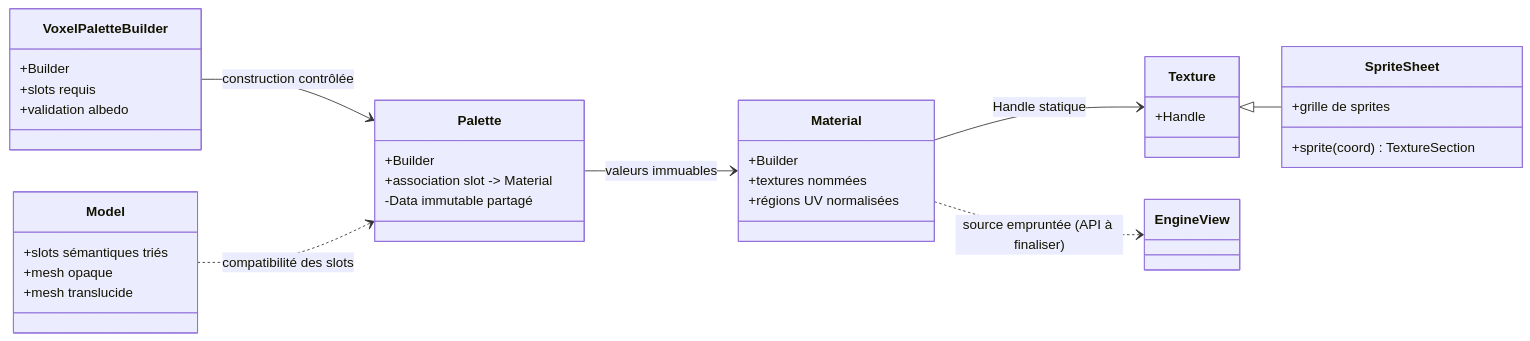
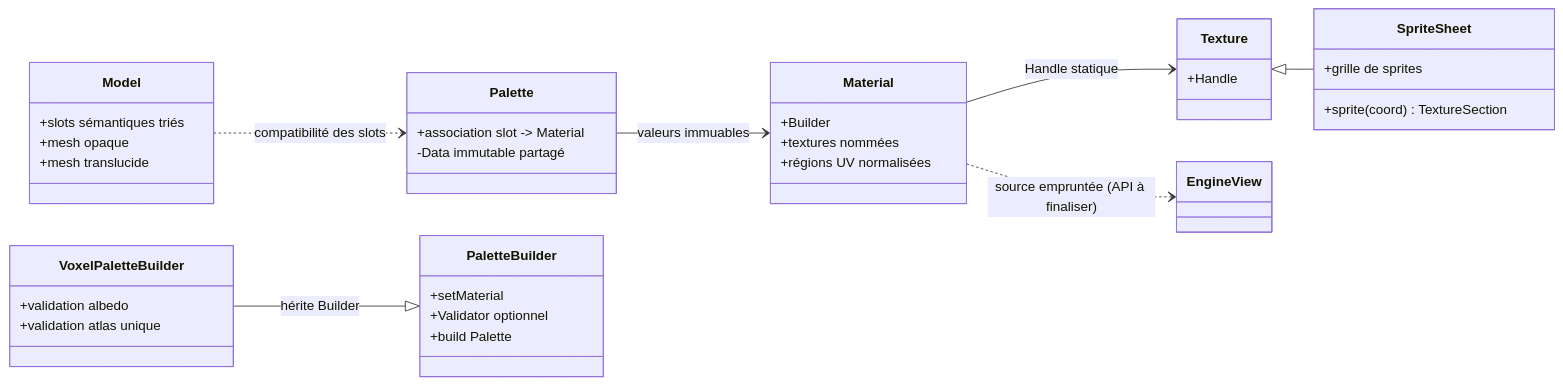
Before and after one commit to EreliaStudio/Sparkle: the first of 3 diagrams in docs/voxel-engine-v0.1.4/04-materiaux-textures-palettes.md, drawn with Mermaid.

Commit message:
PR-07: correct architecture diagrams and ownership table for voxel validator

````diff
--- a/docs/voxel-engine-v0.1.4/04-materiaux-textures-palettes.md
+++ b/docs/voxel-engine-v0.1.4/04-materiaux-textures-palettes.md
@@ -7,37 +7,40 @@
 ```mermaid
 classDiagram
   direction LR
   class Material {
     +Builder
     +textures nommées
     +régions UV normalisées
   }
   class Texture {
     +Handle
   }
   class SpriteSheet {
     +sprite(coord) TextureSection
     +grille de sprites
   }
   class Palette {
-    +Builder
     +association slot -> Material
     -Data immutable partagé
   }
+  class PaletteBuilder {
+    +setMaterial
+    +Validator optionnel
+    +build Palette
+  }
   class VoxelPaletteBuilder {
-    +Builder
-    +slots requis
     +validation albedo
+    +validation atlas unique
   }
   class Model {
     +slots sémantiques triés
     +mesh opaque
     +mesh translucide
   }
   Texture <|-- SpriteSheet
   Material --> Texture : Handle statique
   Material ..> EngineView : source empruntée (API à finaliser)
-  VoxelPaletteBuilder --> Palette : construction contrôlée
+  VoxelPaletteBuilder --|> PaletteBuilder : hérite Builder
   Palette --> Material : valeurs immuables
   Model ..> Palette : compatibilité des slots
 ```
````
